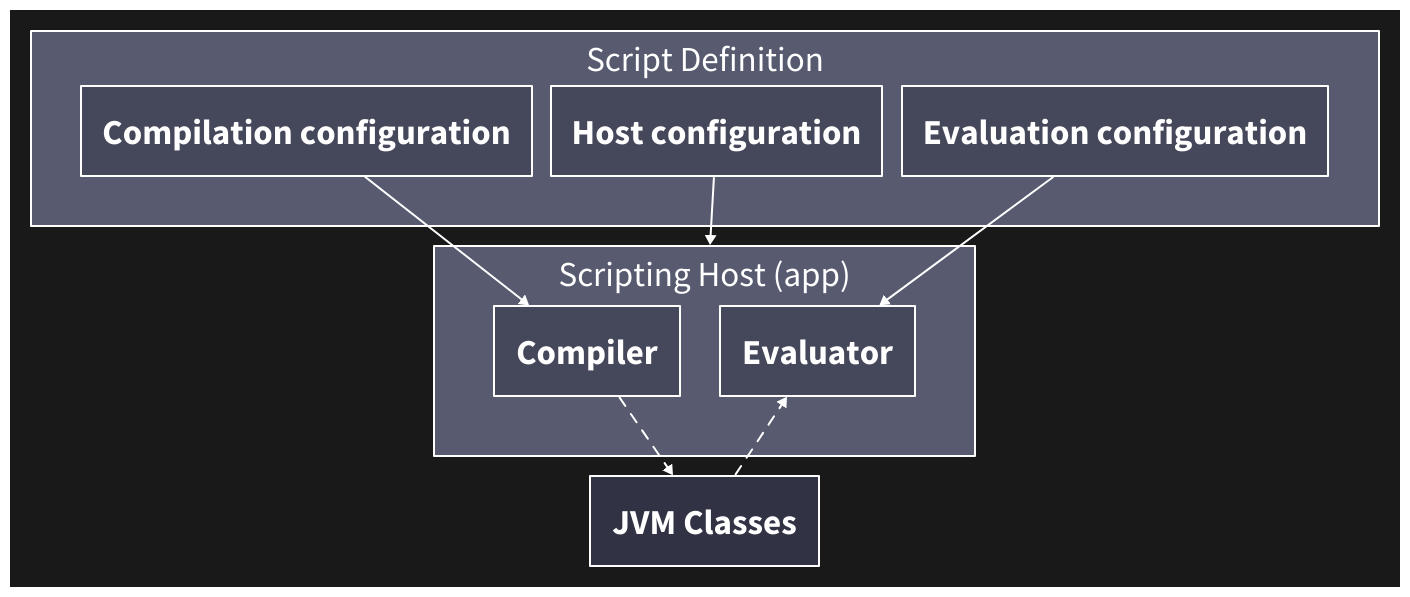
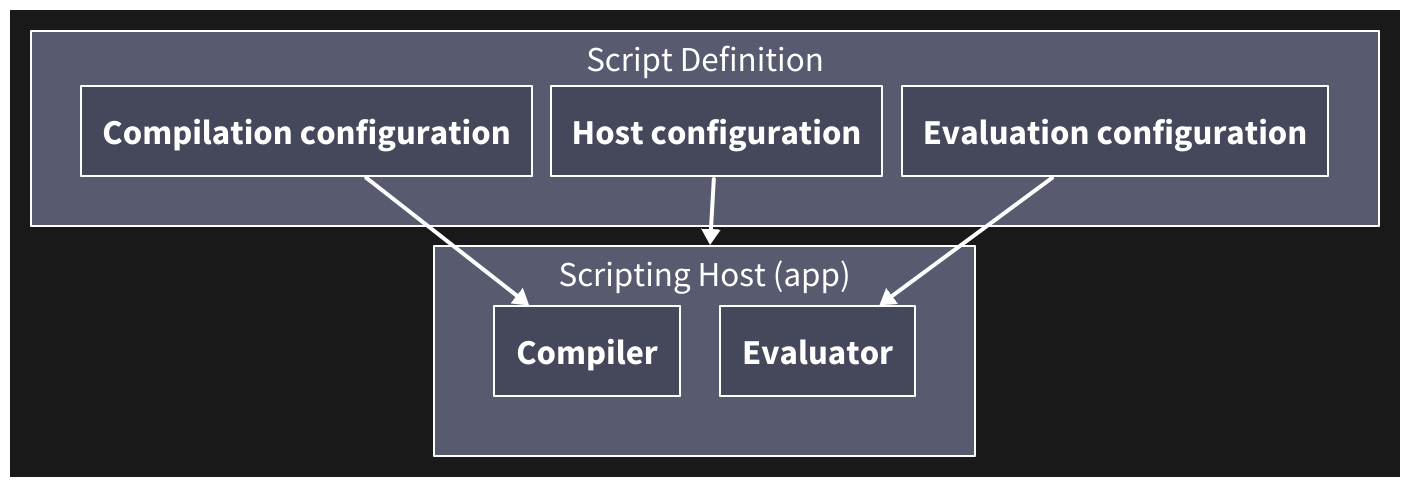
One commit to LimeBeck/kotlin-script-presentation changed the diagram in presentation/diagrams/scripting-configuration.d2. Above: the diagram before and after it, drawn with D2. The commit also changed 8 other files, not shown here.

```diff
--- a/presentation/diagrams/scripting-configuration.d2
+++ b/presentation/diagrams/scripting-configuration.d2
@@ -1,42 +1,35 @@
 direction: right
 vars: {
   d2-config: {
+    pad: 0
     theme-id: 200
     layout-engine: elk
     theme-overrides: {
       N1: "#ffffff"
       N7: "#191919"
       B1: "#ffffff"
     }
   }
 }
 
 **.style.font-size: 35
-
-bytecode: JVM Classes {
-  near: bottom-center
-}
+(** <- scriptDef.*)[*].style.stroke-width: 4
 
 host: Scripting Host (app) {
   grid-columns: 2
   compiler: Compiler
   evaluator: Evaluator
-}
-
-host.compiler -> bytecode: {
-  style.animated: true
-}
-bytecode -> host.evaluator: {
-  style.animated: true
 }
 
 scriptDef: Script Definition {
   near: top-center
   compilation: Compilation configuration
   host: Host configuration
   evaluation: Evaluation configuration
 }
 
 host.compiler <- scriptDef.compilation
 host.evaluator <- scriptDef.evaluation
 host <- scriptDef.host
+
+(scriptDef.* -> **)[*].style.stroke-width: 40
```
